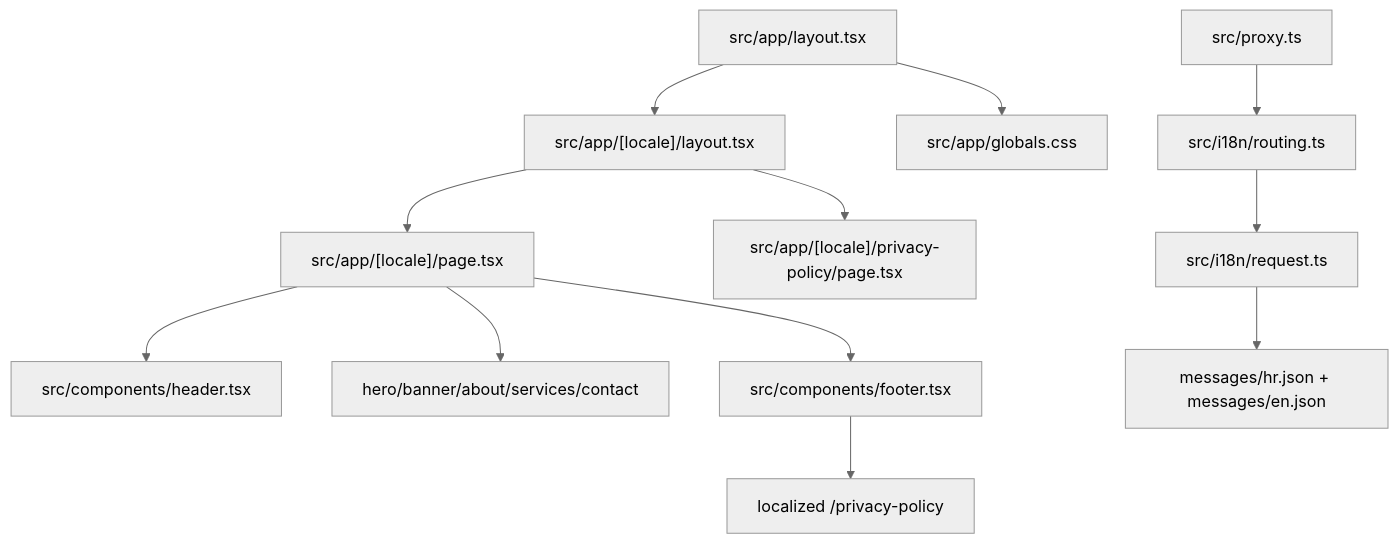
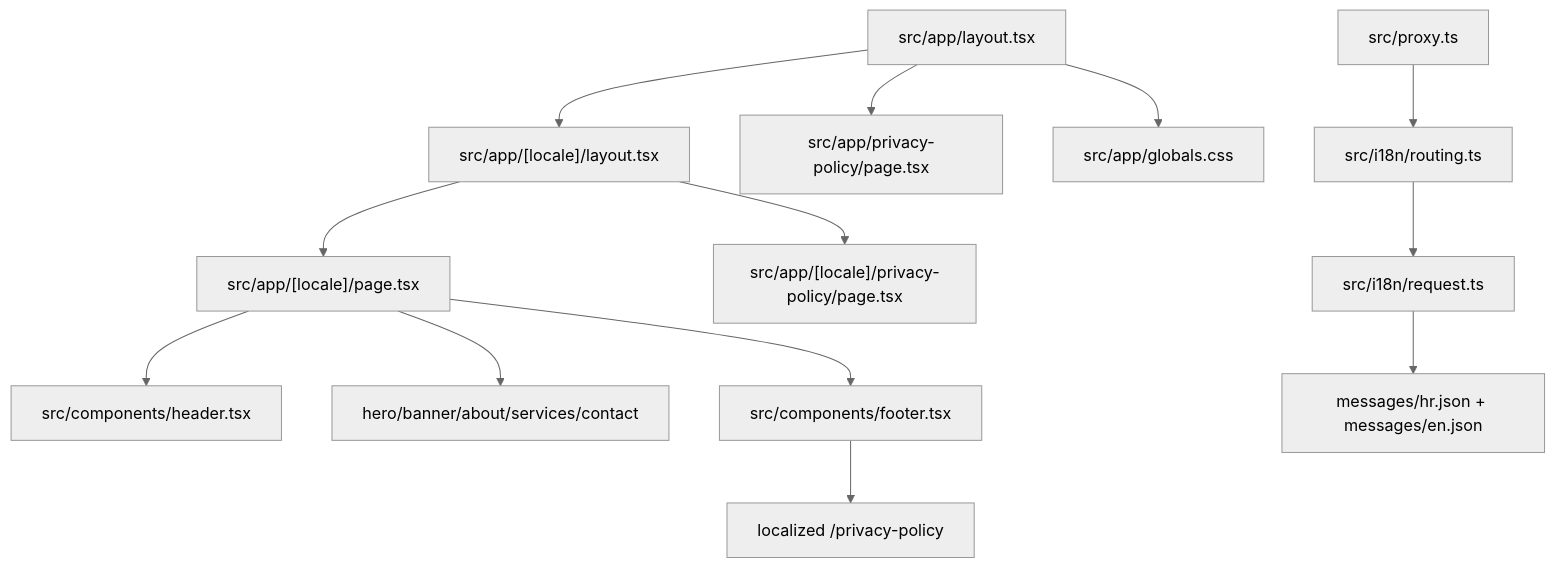
One commit to ipavic933-spec/website-pavic changed the diagram in lode/summary.md. Above: the diagram before and after it, drawn with Mermaid (neutral theme). The commit also changed other lines of this file and 9 other files, not shown here.

````diff
--- a/lode/summary.md
+++ b/lode/summary.md
@@ -11,14 +11,15 @@
 ```mermaid
 graph TD
   Layout["src/app/layout.tsx"] --> LocaleLayout["src/app/[locale]/layout.tsx"]
   LocaleLayout --> HomePage["src/app/[locale]/page.tsx"]
   LocaleLayout --> PrivacyPage["src/app/[locale]/privacy-policy/page.tsx"]
+  Layout --> PrivacyFallback["src/app/privacy-policy/page.tsx"]
   HomePage --> Header["src/components/header.tsx"]
   HomePage --> Sections["hero/banner/about/services/contact"]
   HomePage --> Footer["src/components/footer.tsx"]
   Footer --> PrivacyLink["localized /privacy-policy"]
   Proxy["src/proxy.ts"] --> Routing["src/i18n/routing.ts"]
   Routing --> Request["src/i18n/request.ts"]
   Request --> Messages["messages/hr.json + messages/en.json"]
   Layout --> Globals["src/app/globals.css"]
 ```
````
